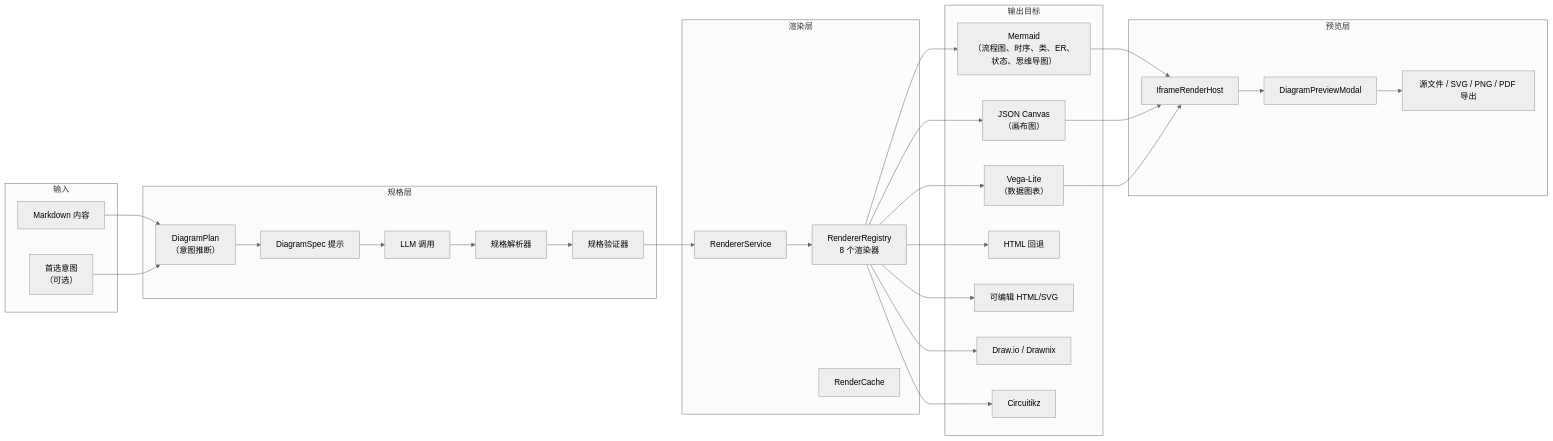
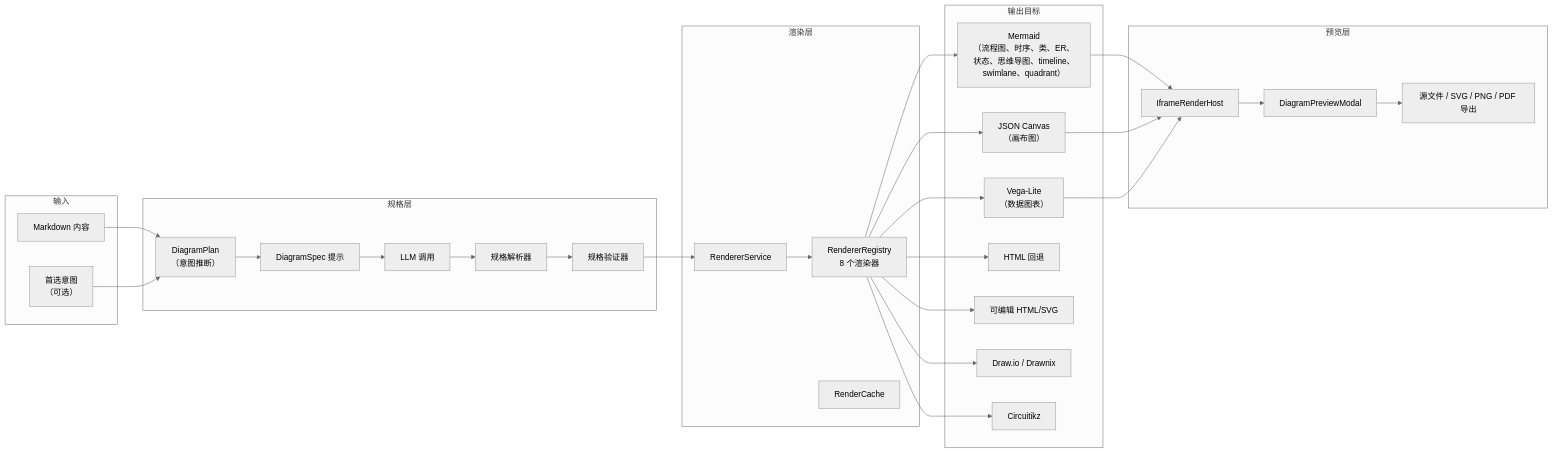
Before and after one commit to Jacobinwwey/obsidian-NotEMD: the third of 3 diagrams in docs/architecture.zh-CN.md, drawn with Mermaid (neutral theme). The commit also changed other lines of this file and 53 other files, not shown here.

Commit message:
feat: expand diagram catalog and presentation contracts

````diff
--- a/docs/architecture.zh-CN.md
+++ b/docs/architecture.zh-CN.md
@@ -129,58 +129,58 @@
 ```mermaid
 flowchart LR
     subgraph Input["输入"]
         MD["Markdown 内容"]
         INTENT["首选意图<br/>（可选）"]
     end
 
     subgraph Spec["规格层"]
         PLAN["DiagramPlan<br/>（意图推断）"]
         PROMPT2["DiagramSpec 提示"]
         LLM["LLM 调用"]
         PARSE2["规格解析器"]
         VALIDATE["规格验证器"]
     end
 
     subgraph Render["渲染层"]
         REGISTRY["RendererRegistry<br/>8 个渲染器"]
         SERVICE["RendererService"]
         CACHE2["RenderCache"]
     end
 
     subgraph Target["输出目标"]
-        MERMAID["Mermaid<br/>（流程图、时序、类、ER、状态、思维导图）"]
+        MERMAID["Mermaid<br/>（流程图、时序、类、ER、状态、思维导图、timeline、swimlane、quadrant）"]
         CANVAS["JSON Canvas<br/>（画布图）"]
         VEGA["Vega-Lite<br/>（数据图表）"]
         HTML["HTML 回退"]
         FIGURE["可编辑 HTML/SVG"]
         BOARD["Draw.io / Drawnix"]
         CIRCUIT["Circuitikz"]
     end
 
     subgraph Host["预览层"]
         IFRAME["IframeRenderHost"]
         MODAL["DiagramPreviewModal"]
         EXPORT2["源文件 / SVG / PNG / PDF 导出"]
     end
 
     MD --> PLAN
     INTENT --> PLAN
     PLAN --> PROMPT2
     PROMPT2 --> LLM
     LLM --> PARSE2
     PARSE2 --> VALIDATE
     VALIDATE --> SERVICE
     SERVICE --> REGISTRY
     REGISTRY --> MERMAID
     REGISTRY --> CANVAS
     REGISTRY --> VEGA
     REGISTRY --> HTML
     REGISTRY --> FIGURE
     REGISTRY --> BOARD
     REGISTRY --> CIRCUIT
     MERMAID --> IFRAME
     CANVAS --> IFRAME
     VEGA --> IFRAME
     IFRAME --> MODAL
     MODAL --> EXPORT2
 ```
````
